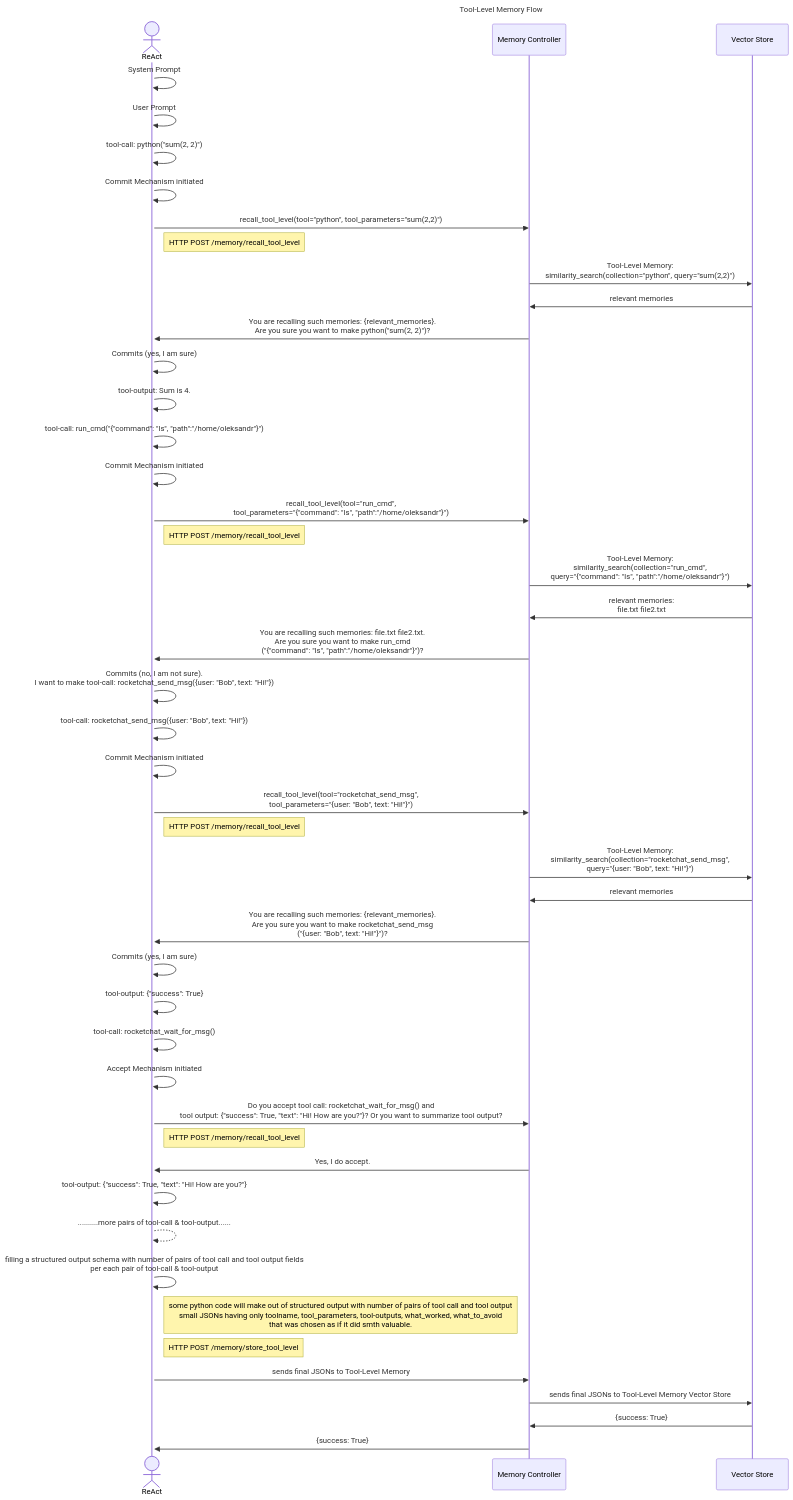
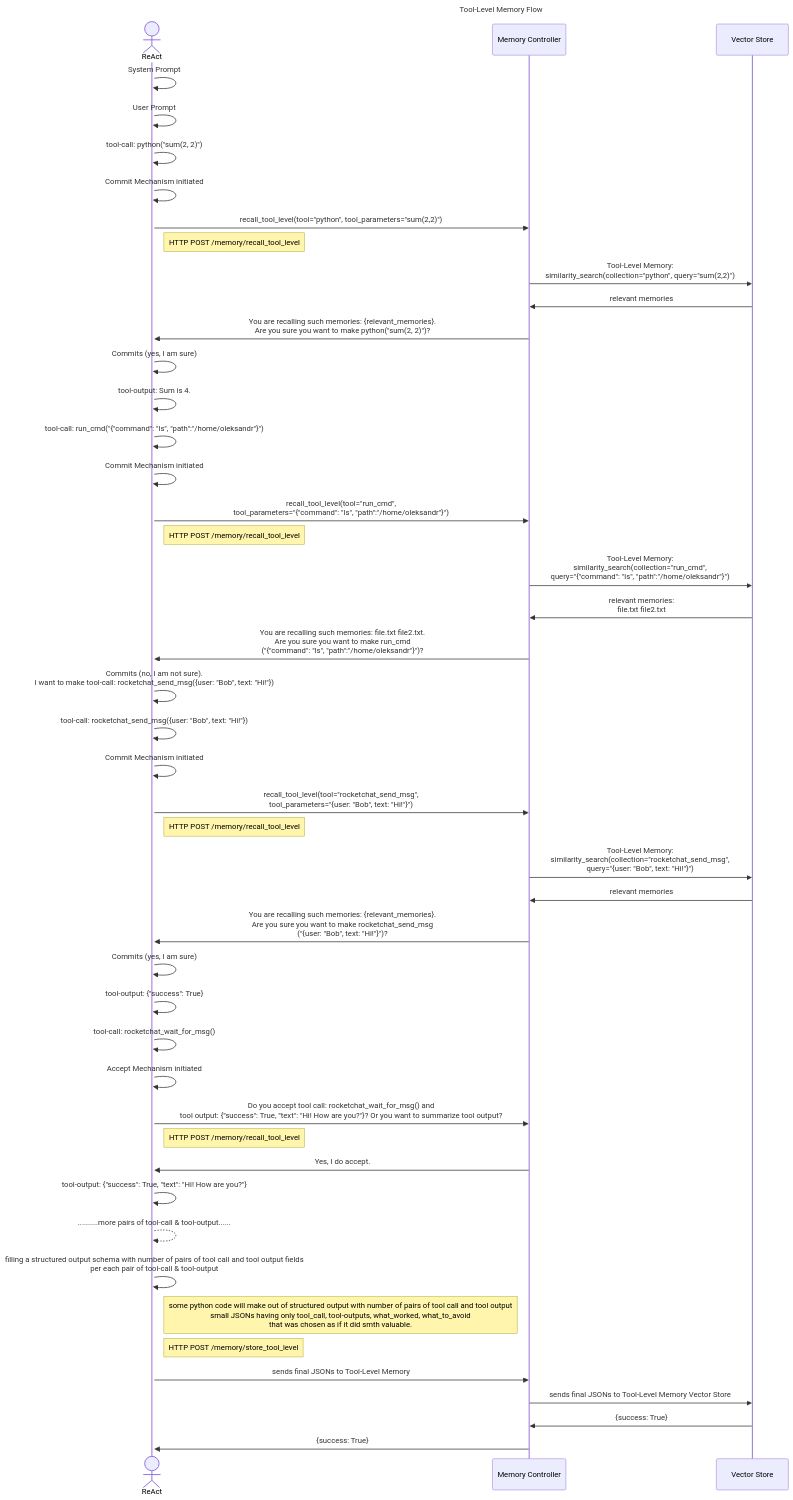
Before and after one commit to oshulha/agentic_playground: the diagram in agent_memory/my_memory_spec.md, drawn with Mermaid. The commit also changed other lines of this file and 1 other file, not shown here.

Commit message:
Intermediate results of Tool-Level Memory

````diff
--- a/agent_memory/my_memory_spec.md
+++ b/agent_memory/my_memory_spec.md
@@ -195,82 +287,82 @@
 ```mermaid
 %%{init: {'themeVariables': { 
     'fontSize': '28px',
     'sequenceNumberFontSize': '28px',
 }}}%%
 sequenceDiagram
     title Tool-Level Memory Flow
 
     actor ReAct
     participant MC as Memory Controller
     participant VS as Vector Store
 
     activate ReAct
 
     ReAct->>ReAct: System Prompt
     ReAct->>ReAct: User Prompt
     ReAct->>ReAct: tool-call: python("sum(2, 2)")
     ReAct->>ReAct: Commit Mechanism initiated
 
     ReAct->>MC: recall_tool_level(tool="python", tool_parameters="sum(2,2)")
     Note right of ReAct: HTTP POST /memory/recall_tool_level
 
     MC->>VS: Tool-Level Memory:<br/>similarity_search(collection="python", query="sum(2,2)")
     VS->>MC: relevant memories
 
     MC->>ReAct: You are recalling such memories: {relevant_memories}.<br/>Are you sure you want to make python("sum(2, 2)")?
 
     ReAct->>ReAct: Commits (yes, I am sure)
     ReAct->>ReAct: tool-output: Sum is 4.
 
     ReAct->>ReAct: tool-call: run_cmd("{"command": "ls", "path":"/home/oleksandr"}")
 
     ReAct->>ReAct: Commit Mechanism initiated
 
     ReAct->>MC: recall_tool_level(tool="run_cmd",<br/>tool_parameters="{"command": "ls", "path":"/home/oleksandr"}")
     Note right of ReAct: HTTP POST /memory/recall_tool_level
 
     MC->>VS: Tool-Level Memory:<br/>similarity_search(collection="run_cmd",<br/>query="{"command": "ls", "path":"/home/oleksandr"}")
 
     VS->>MC: relevant memories:<br/>file.txt file2.txt
 
     MC->>ReAct: You are recalling such memories: file.txt file2.txt.<br/>Are you sure you want to make run_cmd<br/>("{"command": "ls", "path":"/home/oleksandr"}")?
 
     ReAct->>ReAct: Commits (no, I am not sure).<br/>I want to make tool-call: rocketchat_send_msg({user: "Bob", text: "Hi!"})
 
     ReAct->>ReAct: tool-call: rocketchat_send_msg({user: "Bob", text: "Hi!"})
     ReAct->>ReAct: Commit Mechanism initiated
 
     ReAct->>MC: recall_tool_level(tool="rocketchat_send_msg",<br/>tool_parameters="{user: "Bob", text: "Hi!"}")
     Note right of ReAct: HTTP POST /memory/recall_tool_level
 
     MC->>VS: Tool-Level Memory:<br/>similarity_search(collection="rocketchat_send_msg",<br/>query="{user: "Bob", text: "Hi!"}")
 
     VS->>MC: relevant memories
 
     MC->>ReAct: You are recalling such memories: {relevant_memories}.<br/>Are you sure you want to make rocketchat_send_msg<br/>("{user: "Bob", text: "Hi!"}")?
 
     ReAct->>ReAct: Commits (yes, I am sure)
     ReAct->>ReAct: tool-output: {"success": True}
 
     ReAct->>ReAct: tool-call: rocketchat_wait_for_msg()
     ReAct->>ReAct: Accept Mechanism initiated
 
     ReAct->>MC: Do you accept tool call: rocketchat_wait_for_msg() and<br/> tool output: {"success": True, "text": "Hi! How are you?"}? Or you want to summarize tool output?
     Note right of ReAct: HTTP POST /memory/recall_tool_level
 
     MC->>ReAct: Yes, I do accept.
 
     ReAct->>ReAct: tool-output: {"success": True, "text": "Hi! How are you?"}
 
     ReAct-->>ReAct: ..........more pairs of tool-call & tool-output......
 
     ReAct->>ReAct: filling a structured output schema with number of pairs of tool call and tool output fields<br/>per each pair of tool-call & tool-output
 
-    Note right of ReAct: some python code will make out of structured output with number of pairs of tool call and tool output<br/>small JSONs having only toolname, tool_parameters, tool-outputs, what_worked, what_to_avoid<br/>that was chosen as if it did smth valuable.
+    Note right of ReAct: some python code will make out of structured output with number of pairs of tool call and tool output<br/>small JSONs having only tool_call, tool-outputs, what_worked, what_to_avoid<br/>that was chosen as if it did smth valuable.
     Note right of ReAct: HTTP POST /memory/store_tool_level
 
     ReAct->>MC: sends final JSONs to Tool-Level Memory
     MC->>VS: sends final JSONs to Tool-Level Memory Vector Store
     VS->>MC: {success: True}
     MC->>ReAct: {success: True}
 ```
````
